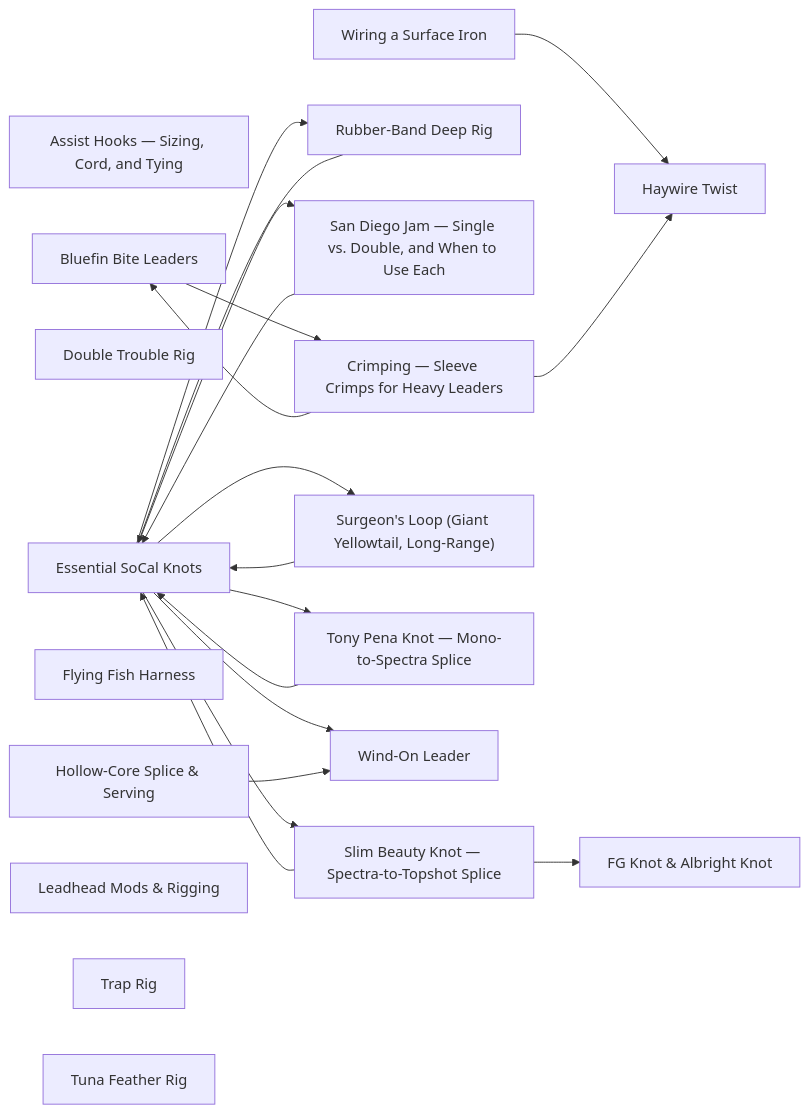
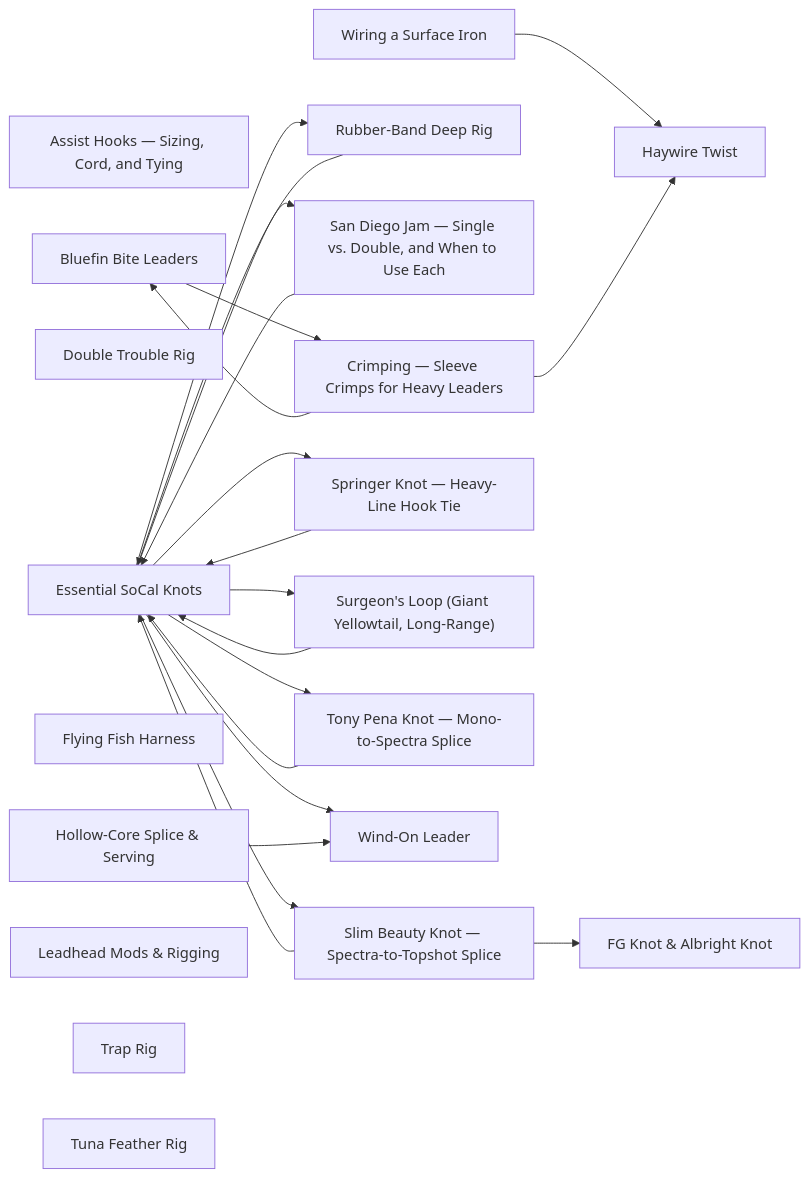
One commit to camchuckpete-max/Socal-Fishing-Knowledge changed the diagram in rigging/README.md. Above: the diagram before and after it, drawn with Mermaid. The commit also changed other lines of this file and 3 other files, not shown here.

````diff
--- a/rigging/README.md
+++ b/rigging/README.md
@@ -32,39 +33,42 @@
 ```mermaid
 graph LR
   n0["Assist Hooks — Sizing, Cord, and Tying"]
   n1["Bluefin Bite Leaders"]
   n2["Crimping — Sleeve Crimps for Heavy Leaders"]
   n3["Double Trouble Rig"]
   n4["Essential SoCal Knots"]
   n5["FG Knot & Albright Knot"]
   n6["Flying Fish Harness"]
   n7["Haywire Twist"]
   n8["Hollow-Core Splice & Serving"]
   n9["Leadhead Mods & Rigging"]
   n10["Rubber-Band Deep Rig"]
   n11["San Diego Jam — Single vs. Double, and When to Use Each"]
   n12["Slim Beauty Knot — Spectra-to-Topshot Splice"]
-  n13["Surgeon's Loop (Giant Yellowtail, Long-Range)"]
-  n14["Tony Pena Knot — Mono-to-Spectra Splice"]
-  n15["Trap Rig"]
-  n16["Tuna Feather Rig"]
-  n17["Wind-On Leader"]
-  n18["Wiring a Surface Iron"]
+  n13["Springer Knot — Heavy-Line Hook Tie"]
+  n14["Surgeon's Loop (Giant Yellowtail, Long-Range)"]
+  n15["Tony Pena Knot — Mono-to-Spectra Splice"]
+  n16["Trap Rig"]
+  n17["Tuna Feather Rig"]
+  n18["Wind-On Leader"]
+  n19["Wiring a Surface Iron"]
   n1 --> n2
   n10 --> n4
   n11 --> n4
   n12 --> n4
   n12 --> n5
   n13 --> n4
   n14 --> n4
-  n18 --> n7
+  n15 --> n4
+  n19 --> n7
   n2 --> n1
   n2 --> n7
   n4 --> n10
   n4 --> n11
   n4 --> n12
   n4 --> n13
   n4 --> n14
-  n4 --> n17
-  n8 --> n17
+  n4 --> n15
+  n4 --> n18
+  n8 --> n18
 ```
````
